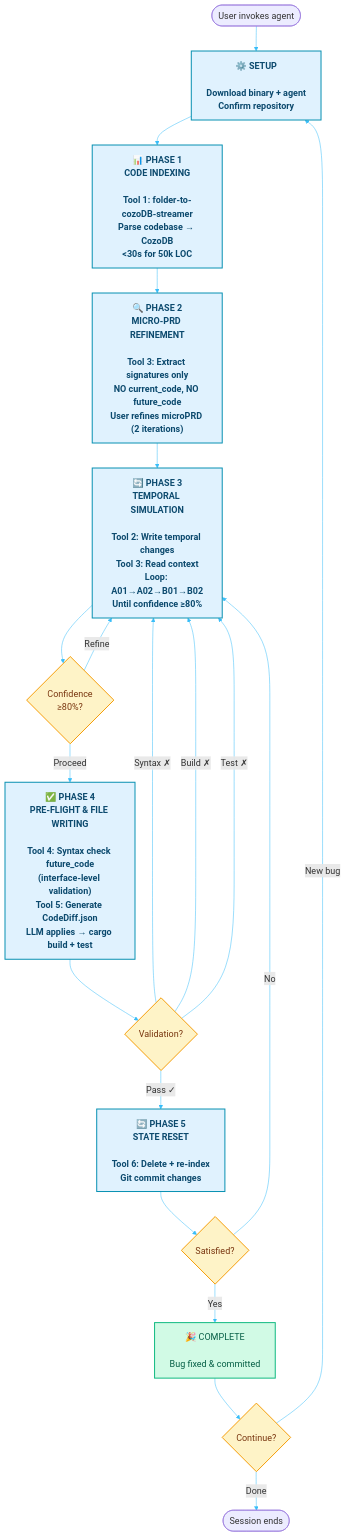
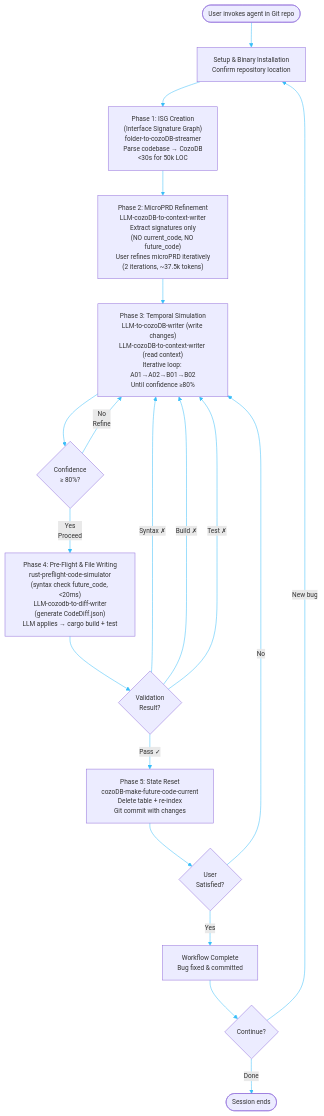
Before and after one commit to that-in-rust/parseltongue: the first of 2 diagrams in .prdArchDocs/P00.md, drawn with Mermaid. The commit also changed other lines of this file and 5 other files, not shown here.

First line of the commit message:
docs(prd): replace "Tool N" with command names and update implementation status

````diff
--- a/.prdArchDocs/P00.md
+++ b/.prdArchDocs/P00.md
@@ -13,56 +13,48 @@
 ```mermaid
 ---
 config:
   flowchart:
     defaultRenderer: "dagre"
   themeVariables:
     primaryColor: "#f0f9ff"
     primaryTextColor: "#0c4a6e"
-    primaryBorderColor: "#7dd3fc"
+    primaryBorderColor: "#0ea5e9"
     lineColor: "#38bdf8"
     secondaryColor: "#f0fdf4"
-    tertiaryColor: "#fef3e2"
-    background: "#fafafa"
+    tertiaryColor: "#fefce8"
+    quaternaryColor: "#fff7ed"
+    background: "#ffffff"
     fontFamily: "Arial, sans-serif"
-    fontSize: "18px"
+    fontSize: "13px"
 ---
-flowchart TB
-    Start([User invokes agent]) --> Setup["⚙️ SETUP<br/><br/>Download binary + agent<br/>Confirm repository"]
+flowchart TD
+    Start([User invokes agent in Git repo]) --> Setup["Setup & Binary Installation<br/>Confirm repository location"]
 
-    Setup --> Phase1["📊 PHASE 1<br/>CODE INDEXING<br/><br/>Tool 1: folder-to-cozoDB-streamer<br/>Parse codebase → CozoDB<br/><30s for 50k LOC"]
+    Setup --> Phase1["Phase 1: ISG Creation<br/>(Interface Signature Graph)<br/>folder-to-cozoDB-streamer<br/>Parse codebase → CozoDB<br/><30s for 50k LOC"]
 
-    Phase1 --> Phase2["🔍 PHASE 2<br/>MICRO-PRD REFINEMENT<br/><br/>Tool 3: Extract signatures only<br/>NO current_code, NO future_code<br/>User refines microPRD (2 iterations)"]
+    Phase1 --> Phase2["Phase 2: MicroPRD Refinement<br/>LLM-cozoDB-to-context-writer<br/>Extract signatures only<br/>(NO current_code, NO future_code)<br/>User refines microPRD iteratively<br/>(2 iterations, ~37.5k tokens)"]
 
-    Phase2 --> Phase3["🔄 PHASE 3<br/>TEMPORAL SIMULATION<br/><br/>Tool 2: Write temporal changes<br/>Tool 3: Read context<br/>Loop: A01→A02→B01→B02<br/>Until confidence ≥80%"]
+    Phase2 --> Phase3["Phase 3: Temporal Simulation<br/>LLM-to-cozoDB-writer (write changes)<br/>LLM-cozoDB-to-context-writer (read context)<br/>Iterative loop: A01→A02→B01→B02<br/>Until confidence ≥80%"]
 
-    Phase3 --> ConfidenceGate{Confidence<br/>≥80%?}
-    ConfidenceGate -->|Refine| Phase3
-    ConfidenceGate -->|Proceed| Phase4
+    Phase3 --> ConfidenceGate{Confidence<br/>≥ 80%?}
+    ConfidenceGate --> |"No<br/>Refine"| Phase3
+    ConfidenceGate --> |"Yes<br/>Proceed"| Phase4
 
-    Phase4["✅ PHASE 4<br/>PRE-FLIGHT & FILE WRITING<br/><br/>Tool 4: Syntax check future_code<br/>(interface-level validation)<br/>Tool 5: Generate CodeDiff.json<br/>LLM applies → cargo build + test"]
+    Phase4["Phase 4: Pre-Flight & File Writing<br/>rust-preflight-code-simulator<br/>(syntax check future_code, <20ms)<br/>LLM-cozodb-to-diff-writer<br/>(generate CodeDiff.json)<br/>LLM applies → cargo build + test"]
 
-    Phase4 --> ValidationGate{Validation?}
-    ValidationGate -->|"Syntax ✗"| Phase3
-    ValidationGate -->|"Build ✗"| Phase3
-    ValidationGate -->|"Test ✗"| Phase3
-    ValidationGate -->|"Pass ✓"| Phase5
+    Phase4 --> ValidationGate{Validation<br/>Result?}
+    ValidationGate --> |"Syntax ✗"| Phase3
+    ValidationGate --> |"Build ✗"| Phase3
+    ValidationGate --> |"Test ✗"| Phase3
+    ValidationGate --> |"Pass ✓"| Phase5
 
-    Phase5["🔄 PHASE 5<br/>STATE RESET<br/><br/>Tool 6: Delete + re-index<br/>Git commit changes"]
+    Phase5["Phase 5: State Reset<br/>cozoDB-make-future-code-current<br/>Delete table + re-index<br/>Git commit with changes"]
 
-    Phase5 --> UserSatisfied{Satisfied?}
-    UserSatisfied -->|No| Phase3
-    UserSatisfied -->|Yes| Complete["🎉 COMPLETE<br/><br/>Bug fixed & committed"]
+    Phase5 --> UserSatisfied{User<br/>Satisfied?}
+    UserSatisfied --> |"No"| Phase3
+    UserSatisfied --> |"Yes"| Complete["Workflow Complete<br/>Bug fixed & committed"]
 
     Complete --> NextAction{Continue?}
-    NextAction -->|"New bug"| Setup
-    NextAction -->|"Done"| End([Session ends])
-
-    %% Styling - Soothing colors
-    classDef phaseStyle fill:#e0f2fe,stroke:#0891b2,stroke-width:2px,color:#0c4a6e,font-weight:bold
-    classDef decisionStyle fill:#fef3c7,stroke:#f59e0b,stroke-width:2px,color:#78350f
-    classDef successStyle fill:#d1fae5,stroke:#10b981,stroke-width:2px,color:#065f46
-
-    class Setup,Phase1,Phase2,Phase3,Phase4,Phase5 phaseStyle
-    class ConfidenceGate,ValidationGate,UserSatisfied,NextAction decisionStyle
-    class Complete successStyle
+    NextAction --> |"New bug"| Setup
+    NextAction --> |"Done"| End([Session ends])
 ```
````
